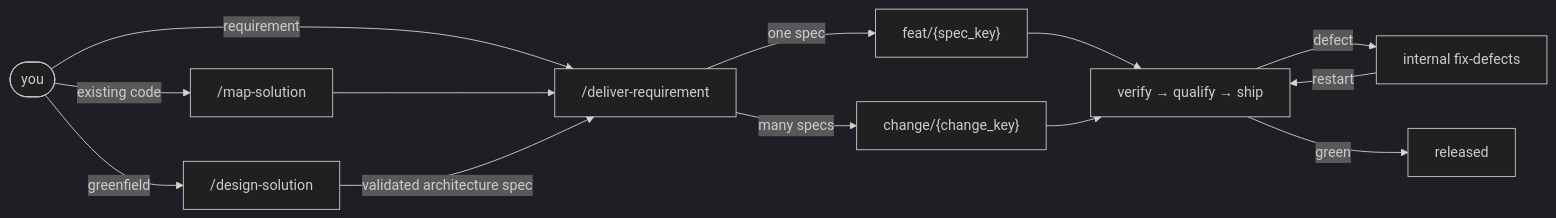
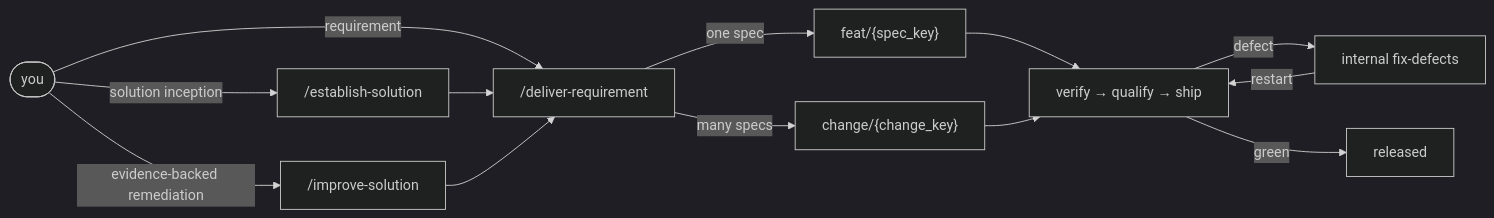
The diagram in docs/AIDD.workflow.md (AIDDbot/AIDDbot), drawn with Mermaid (dark theme) before and after one commit. The commit also changed other lines of this file and 27 other files, not shown here.

````diff
--- a/docs/AIDD.workflow.md
+++ b/docs/AIDD.workflow.md
@@ -30,15 +27,15 @@
 ```mermaid
 flowchart LR
-  YOU([you]) -->|existing code| MAP["/map-solution"]
-  YOU -->|greenfield| DESIGN["/design-solution"]
+  YOU([you]) -->|solution inception| ESTABLISH["/establish-solution"]
   YOU -->|requirement| DELIVER["/deliver-requirement"]
-  MAP --> DELIVER
-  DESIGN -->|validated architecture spec| DELIVER
+  YOU -->|evidence-backed remediation| IMPROVE["/improve-solution"]
+  ESTABLISH --> DELIVER
+  IMPROVE --> DELIVER
   DELIVER -->|one spec| FEAT["feat/{spec_key}"]
   DELIVER -->|many specs| CHANGE["change/{change_key}"]
   FEAT --> REVIEW["verify → qualify → ship"]
   CHANGE --> REVIEW
   REVIEW -->|defect| FIX["internal fix-defects"]
   FIX -->|restart| REVIEW
   REVIEW -->|green| RELEASED[released]
 ```
````
